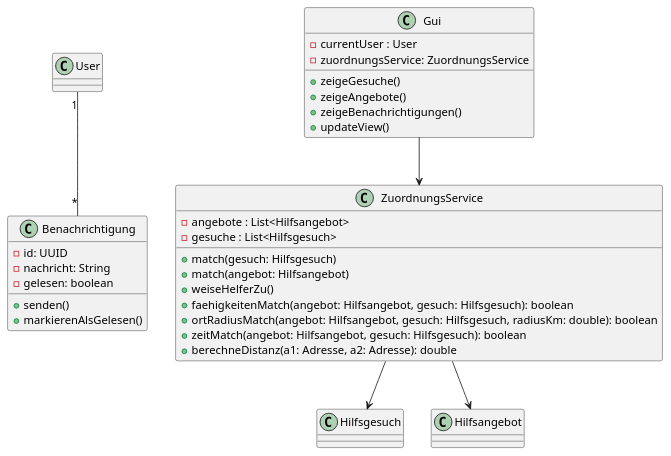
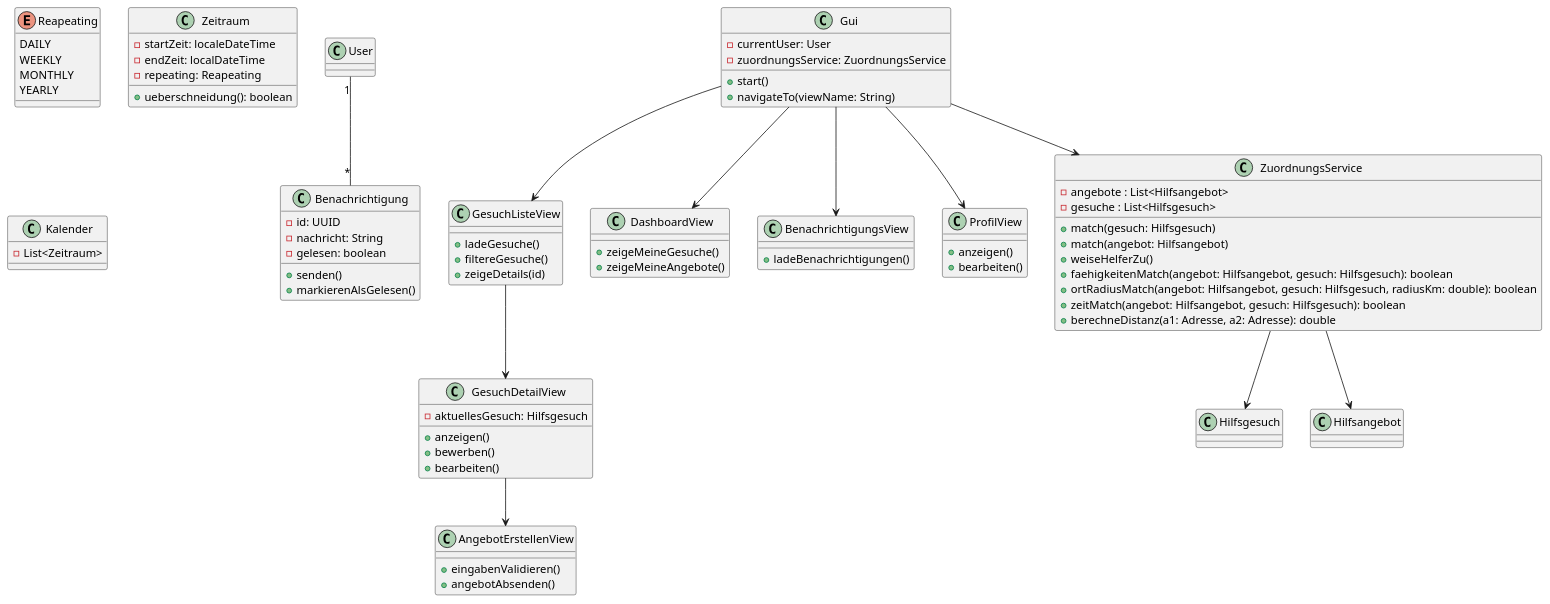
The diagram in Klassendiagramm.puml (pxrzivaldev/TeamProjektUML), drawn with PlantUML before and after one commit.

Commit message:
Klassendiagramm: Details Gui, Zeitraum, Kalender

```diff
--- a/Klassendiagramm.puml
+++ b/Klassendiagramm.puml
@@ -1,38 +1,93 @@
 @startuml
 
 class Benachrichtigung {
   - id: UUID
   - nachricht: String
   - gelesen: boolean
   + senden()
   + markierenAlsGelesen()
 }
 
+enum Reapeating {
+    DAILY
+    WEEKLY
+    MONTHLY
+    YEARLY
+}
+
+class Zeitraum {
+    - startZeit: localeDateTime
+    - endZeit: localDateTime
+    - repeating: Reapeating
+    + ueberschneidung(): boolean
+}
+
+class Kalender {
+    - List<Zeitraum>
+}
+
 User "1" -- "*" Benachrichtigung
 
 class Gui {
-  - currentUser : User
+  - currentUser: User
   - zuordnungsService: ZuordnungsService
-  + zeigeGesuche()
-  + zeigeAngebote()
-  + zeigeBenachrichtigungen()
-  + updateView()
+  + start()
+  + navigateTo(viewName: String)
 }
+
+class GesuchListeView {
+  + ladeGesuche()
+  + filtereGesuche()
+  + zeigeDetails(id)
+}
+
+class GesuchDetailView {
+  - aktuellesGesuch: Hilfsgesuch
+  + anzeigen()
+  + bewerben()
+  + bearbeiten()
+}
+
+class AngebotErstellenView {
+  + eingabenValidieren()
+  + angebotAbsenden()
+}
+
+class DashboardView {
+  + zeigeMeineGesuche()
+  + zeigeMeineAngebote()
+}
+
+class BenachrichtigungsView {
+  + ladeBenachrichtigungen()
+}
+
+class ProfilView {
+  + anzeigen()
+  + bearbeiten()
+}
+
+Gui --> GesuchListeView
+Gui --> DashboardView
+Gui --> BenachrichtigungsView
+Gui --> ProfilView
+GesuchListeView --> GesuchDetailView
+GesuchDetailView --> AngebotErstellenView
 
 class ZuordnungsService {
   - angebote : List<Hilfsangebot>
   - gesuche : List<Hilfsgesuch>
   + match(gesuch: Hilfsgesuch)
   + match(angebot: Hilfsangebot)
   + weiseHelferZu()
   + faehigkeitenMatch(angebot: Hilfsangebot, gesuch: Hilfsgesuch): boolean
   + ortRadiusMatch(angebot: Hilfsangebot, gesuch: Hilfsgesuch, radiusKm: double): boolean
   + zeitMatch(angebot: Hilfsangebot, gesuch: Hilfsgesuch): boolean
   + berechneDistanz(a1: Adresse, a2: Adresse): double
 }
 
 Gui --> ZuordnungsService
 ZuordnungsService --> Hilfsgesuch
 ZuordnungsService --> Hilfsangebot
 
 @enduml
```
